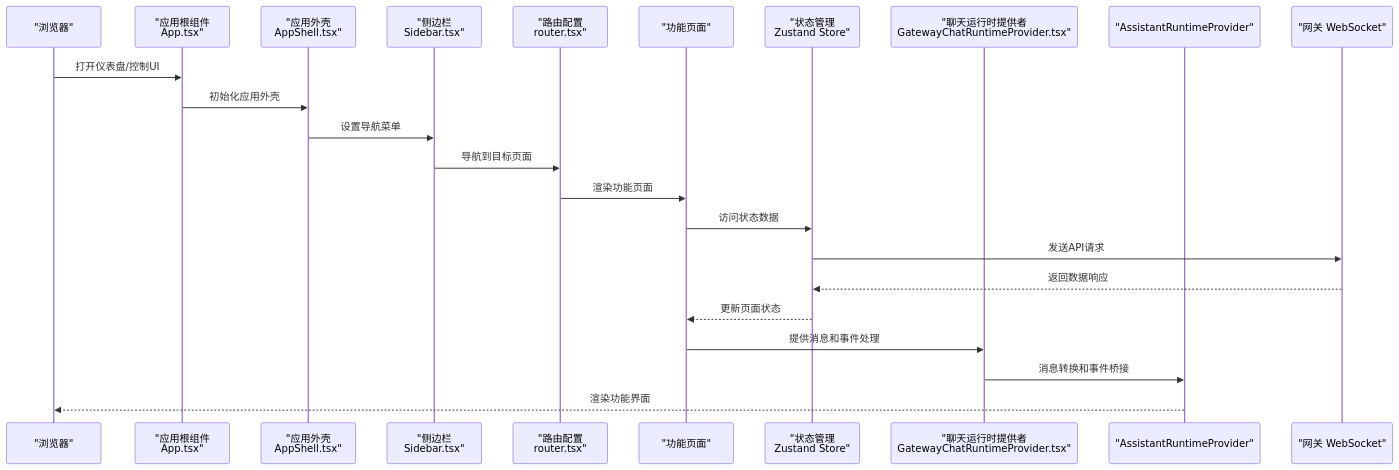
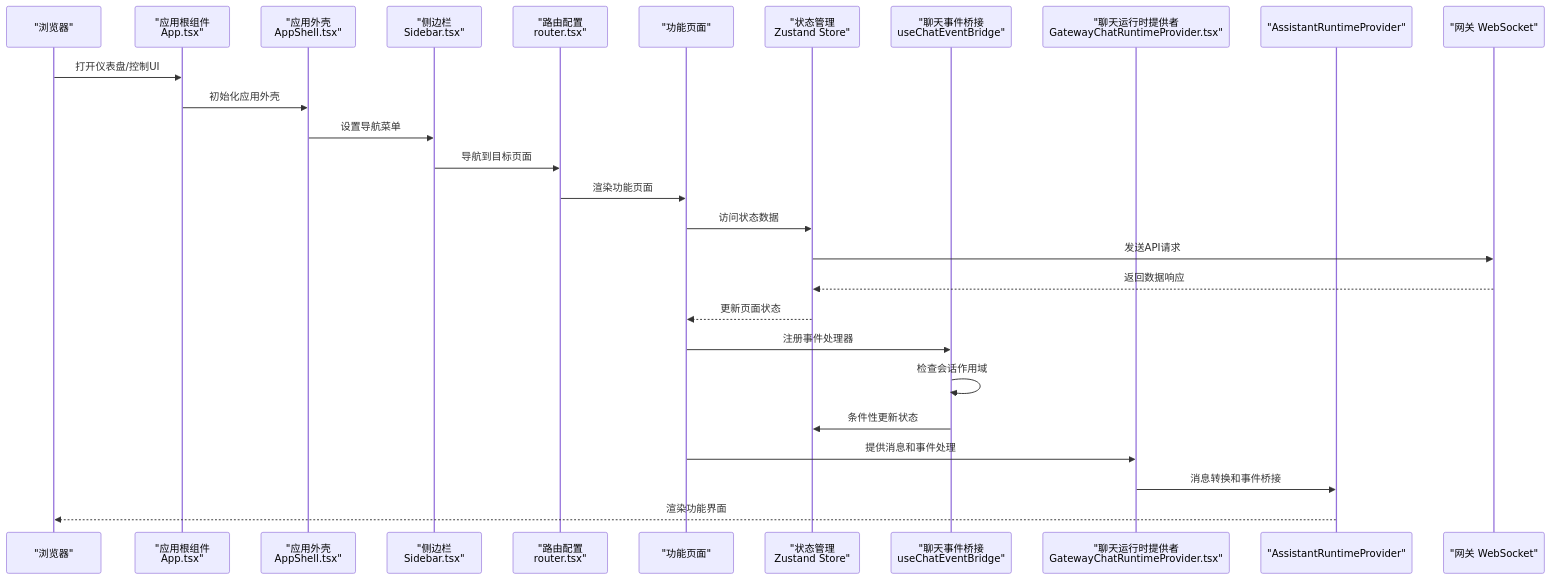
One commit to verse-ai-org/openclaw changed the second of 6 diagrams in .qoder/repowiki/zh/content/Web界面/Web界面.md. Above: the diagram before and after it, drawn with Mermaid. The commit also changed other lines of this file and 89 other files, not shown here.

````diff
--- a/.qoder/repowiki/zh/content/Web界面/Web界面.md
+++ b/.qoder/repowiki/zh/content/Web界面/Web界面.md
@@ -231,25 +253,29 @@
 ```mermaid
 sequenceDiagram
 participant Browser as "浏览器"
 participant App as "应用根组件<br/>App.tsx"
 participant Shell as "应用外壳<br/>AppShell.tsx"
 participant Sidebar as "侧边栏<br/>Sidebar.tsx"
 participant Router as "路由配置<br/>router.tsx"
 participant Page as "功能页面"
 participant Store as "状态管理<br/>Zustand Store"
+participant EventBridge as "聊天事件桥接<br/>useChatEventBridge"
 participant Runtime as "聊天运行时提供者<br/>GatewayChatRuntimeProvider.tsx"
 participant Provider as "AssistantRuntimeProvider"
 participant WS as "网关 WebSocket"
 Browser->>App : 打开仪表盘/控制UI
 App->>Shell : 初始化应用外壳
 Shell->>Sidebar : 设置导航菜单
 Sidebar->>Router : 导航到目标页面
 Router->>Page : 渲染功能页面
 Page->>Store : 访问状态数据
 Store->>WS : 发送API请求
 WS-->>Store : 返回数据响应
 Store-->>Page : 更新页面状态
+Page->>EventBridge : 注册事件处理器
+EventBridge->>EventBridge : 检查会话作用域
+EventBridge->>Store : 条件性更新状态
 Page->>Runtime : 提供消息和事件处理
 Runtime->>Provider : 消息转换和事件桥接
 Provider-->>Browser : 渲染功能界面
 ```
````
